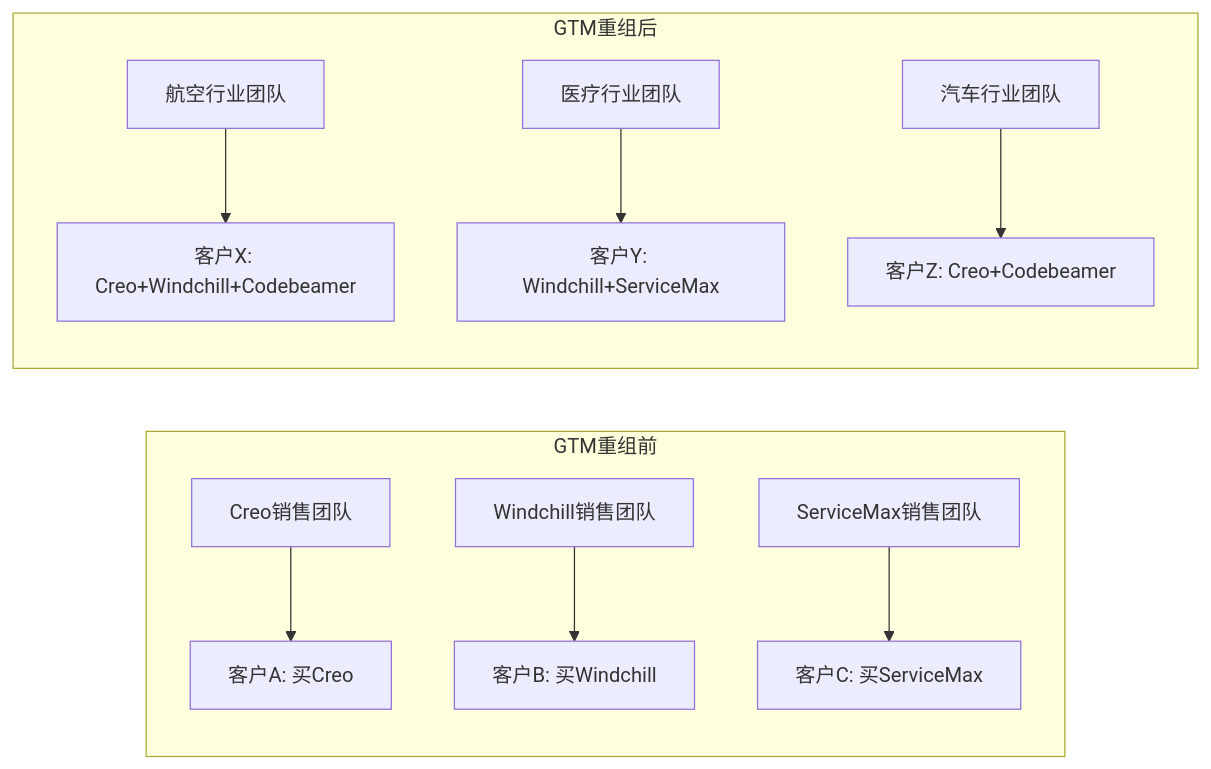
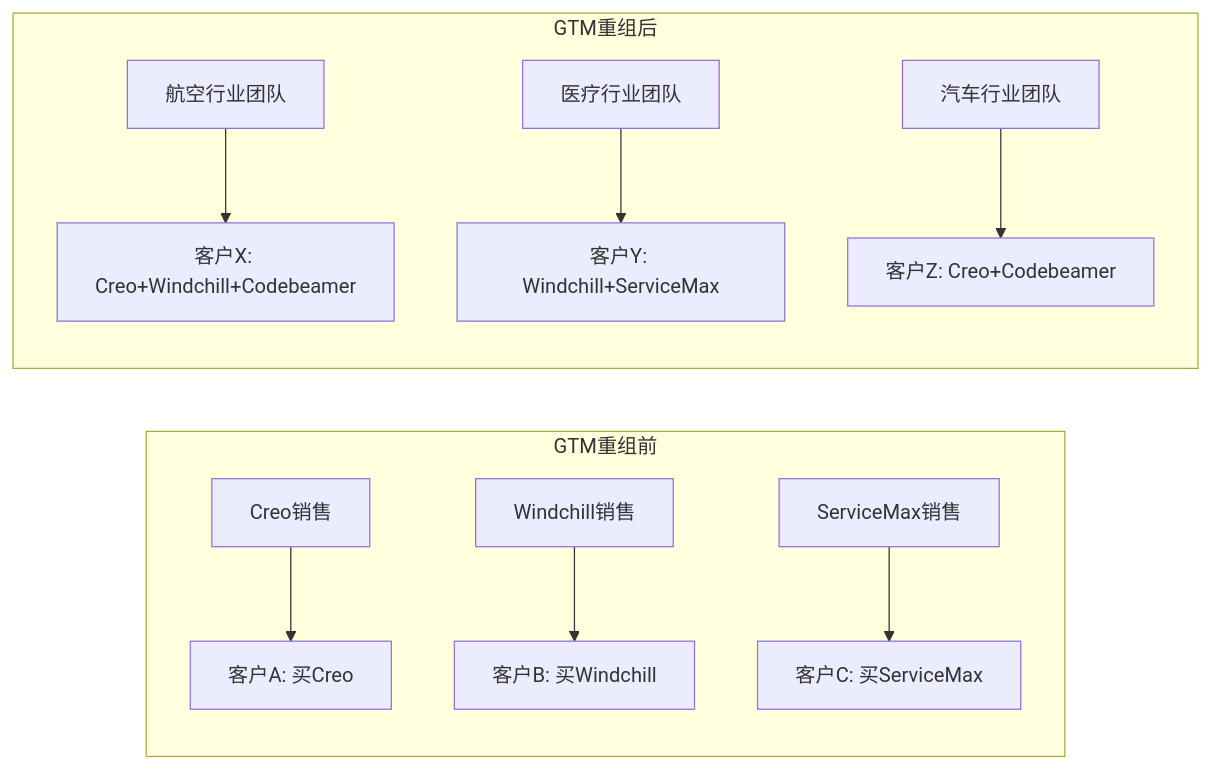
Before and after one commit to miltonnewyork25-afk/investment-master: the third of 5 diagrams in reports/PTC/staging/phase1_part1.md, drawn with Mermaid. The commit also changed other lines of this file and 2 other files, not shown here.

````diff
--- a/reports/PTC/staging/phase1_part1.md
+++ b/reports/PTC/staging/phase1_part1.md
@@ -107,14 +138,14 @@
 ```mermaid
 graph LR
     subgraph "GTM重组前"
-        A1["Creo销售团队"] --> B1["客户A: 买Creo"]
-        A2["Windchill销售团队"] --> B2["客户B: 买Windchill"]
-        A3["ServiceMax销售团队"] --> B3["客户C: 买ServiceMax"]
+        A1["Creo销售"] --> B1["客户A: 买Creo"]
+        A2["Windchill销售"] --> B2["客户B: 买Windchill"]
+        A3["ServiceMax销售"] --> B3["客户C: 买ServiceMax"]
     end
 
     subgraph "GTM重组后"
         C1["航空行业团队"] --> D1["客户X: Creo+Windchill+Codebeamer"]
         C2["医疗行业团队"] --> D2["客户Y: Windchill+ServiceMax"]
         C3["汽车行业团队"] --> D3["客户Z: Creo+Codebeamer"]
     end
 ```
````
